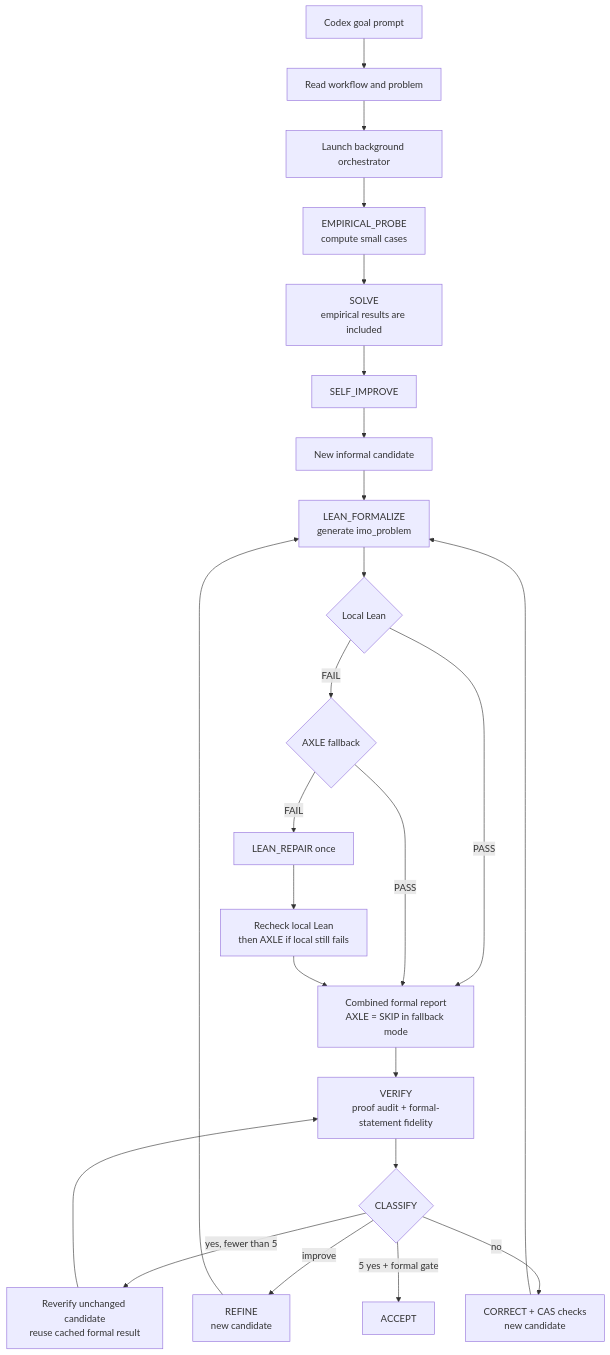
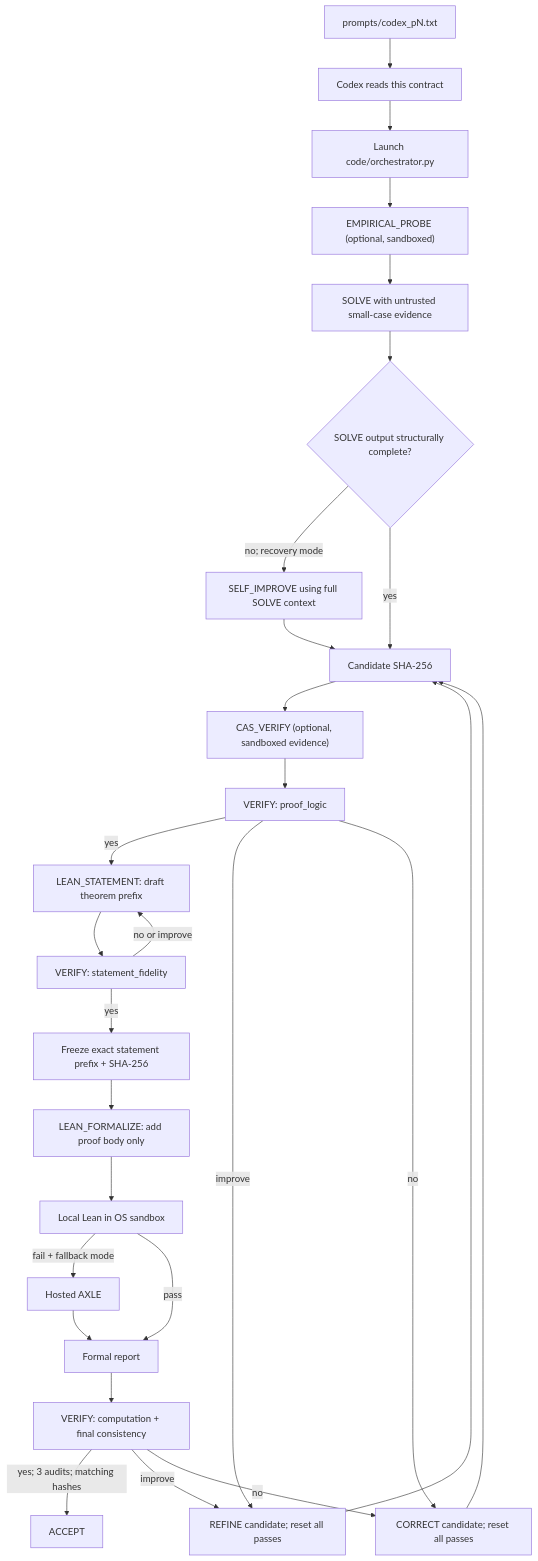
Before and after one commit to hdt98/IMO26: the diagram in workflows/codex.md, drawn with Mermaid. The commit also changed other lines of this file and 21 other files, not shown here.

````diff
--- a/workflows/codex.md
+++ b/workflows/codex.md
@@ -19,26 +8,30 @@
 ```mermaid
 flowchart TD
-    A["Codex goal prompt"] --> B["Read workflow and problem"]
-    B --> C["Launch background orchestrator"]
-    C --> D["EMPIRICAL_PROBE<br/>compute small cases"]
-    D --> E["SOLVE<br/>empirical results are included"]
-    E --> F["SELF_IMPROVE"]
-    F --> G["New informal candidate"]
-    G --> H["LEAN_FORMALIZE<br/>generate imo_problem"]
-    H --> I{"Local Lean"}
-    I -->|"PASS"| K["Combined formal report<br/>AXLE = SKIP in fallback mode"]
-    I -->|"FAIL"| J{"AXLE fallback"}
-    J -->|"PASS"| K
-    J -->|"FAIL"| L["LEAN_REPAIR once"]
-    L --> M["Recheck local Lean<br/>then AXLE if local still fails"]
-    M --> K
-    K --> N["VERIFY<br/>proof audit + formal-statement fidelity"]
-    N --> O{"CLASSIFY"}
-    O -->|"yes, fewer than 5"| P["Reverify unchanged candidate<br/>reuse cached formal result"]
-    P --> N
-    O -->|"improve"| Q["REFINE<br/>new candidate"]
-    O -->|"no"| R["CORRECT + CAS checks<br/>new candidate"]
-    Q --> H
-    R --> H
-    O -->|"5 yes + formal gate"| S["ACCEPT"]
+    A["prompts/codex_pN.txt"] --> B["Codex reads this contract"]
+    B --> C["Launch code/orchestrator.py"]
+    C --> D["EMPIRICAL_PROBE (optional, sandboxed)"]
+    D --> E["SOLVE with untrusted small-case evidence"]
+    E --> F{"SOLVE output structurally complete?"}
+    F -->|"no; recovery mode"| G["SELF_IMPROVE using full SOLVE context"]
+    F -->|"yes"| H["Candidate SHA-256"]
+    G --> H
+    H --> I["CAS_VERIFY (optional, sandboxed evidence)"]
+    I --> J["VERIFY: proof_logic"]
+    J -->|"yes"| K["LEAN_STATEMENT: draft theorem prefix"]
+    K --> L["VERIFY: statement_fidelity"]
+    L -->|"no or improve"| K
+    L -->|"yes"| M["Freeze exact statement prefix + SHA-256"]
+    M --> N["LEAN_FORMALIZE: add proof body only"]
+    N --> O["Local Lean in OS sandbox"]
+    O -->|"fail + fallback mode"| P["Hosted AXLE"]
+    O -->|"pass"| Q["Formal report"]
+    P --> Q
+    Q --> R["VERIFY: computation + final consistency"]
+    R -->|"yes; 3 audits; matching hashes"| S["ACCEPT"]
+    J -->|"improve"| T["REFINE candidate; reset all passes"]
+    J -->|"no"| U["CORRECT candidate; reset all passes"]
+    R -->|"improve"| T
+    R -->|"no"| U
+    T --> H
+    U --> H
 ```
````
